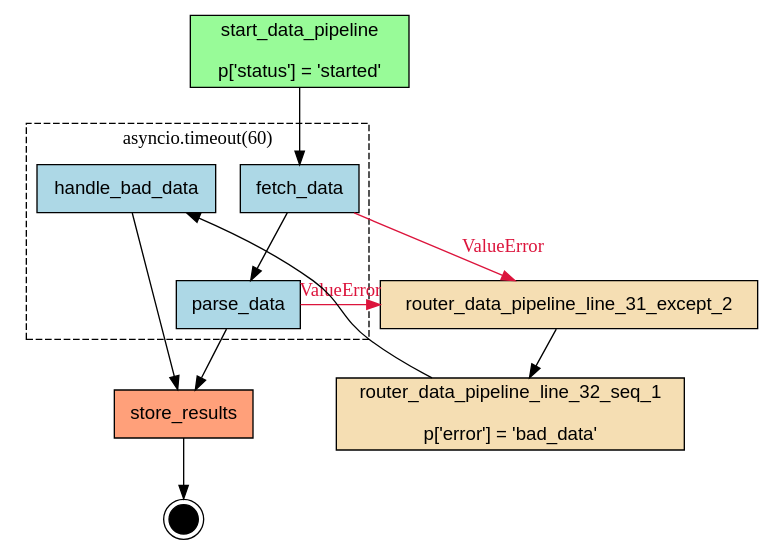
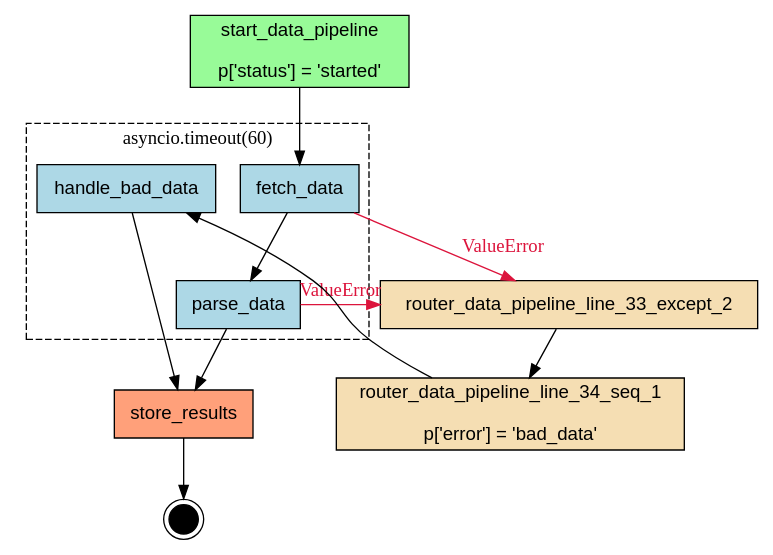
The diagram in examples/flows/compiled/resiliency_combined/flow.dot (deliveryhero/asya), drawn with Graphviz before and after one commit. The commit also changed 45 other files, not shown here.

```diff
--- a/examples/flows/compiled/resiliency_combined/flow.dot
+++ b/examples/flows/compiled/resiliency_combined/flow.dot
@@ -1,33 +1,33 @@
 digraph "data_pipeline" {
     rankdir=TB;
     node [shape=box, style=filled, fontname="Helvetica"];
 
     { rank=source; start_data_pipeline; }
 
     fetch_data [label="fetch_data", fillcolor=lightblue];
     handle_bad_data [label="handle_bad_data", fillcolor=lightblue];
     parse_data [label="parse_data", fillcolor=lightblue];
-    router_data_pipeline_line_31_except_2 [label="router_data_pipeline_line_31_except_2", fillcolor=wheat];
-    router_data_pipeline_line_32_seq_1 [label="router_data_pipeline_line_32_seq_1\n\np['error'] = 'bad_data'", fillcolor=wheat];
+    router_data_pipeline_line_33_except_2 [label="router_data_pipeline_line_33_except_2", fillcolor=wheat];
+    router_data_pipeline_line_34_seq_1 [label="router_data_pipeline_line_34_seq_1\n\np['error'] = 'bad_data'", fillcolor=wheat];
     start_data_pipeline [label="start_data_pipeline\n\np['status'] = 'started'", fillcolor=palegreen];
     store_results [label="store_results", fillcolor=lightsalmon];
 
     __end__ [label="", shape=doublecircle, fillcolor=black, width=0.3, fixedsize=true];
 
     start_data_pipeline -> fetch_data;
     fetch_data -> parse_data;
     parse_data -> store_results;
-    router_data_pipeline_line_32_seq_1 -> handle_bad_data;
-    router_data_pipeline_line_31_except_2 -> router_data_pipeline_line_32_seq_1;
-    fetch_data -> router_data_pipeline_line_31_except_2 [label="ValueError", color="#DC143C", fontcolor="#DC143C"];
-    parse_data -> router_data_pipeline_line_31_except_2 [label="ValueError", color="#DC143C", fontcolor="#DC143C"];
+    router_data_pipeline_line_34_seq_1 -> handle_bad_data;
+    router_data_pipeline_line_33_except_2 -> router_data_pipeline_line_34_seq_1;
+    fetch_data -> router_data_pipeline_line_33_except_2 [label="ValueError", color="#DC143C", fontcolor="#DC143C"];
+    parse_data -> router_data_pipeline_line_33_except_2 [label="ValueError", color="#DC143C", fontcolor="#DC143C"];
     handle_bad_data -> store_results;
     store_results -> __end__;
     subgraph cluster_asyncio_timeout_60_ {
         label="asyncio.timeout(60)";
         style=dashed;
         fetch_data;
         parse_data;
         handle_bad_data;
     }
 }
```
